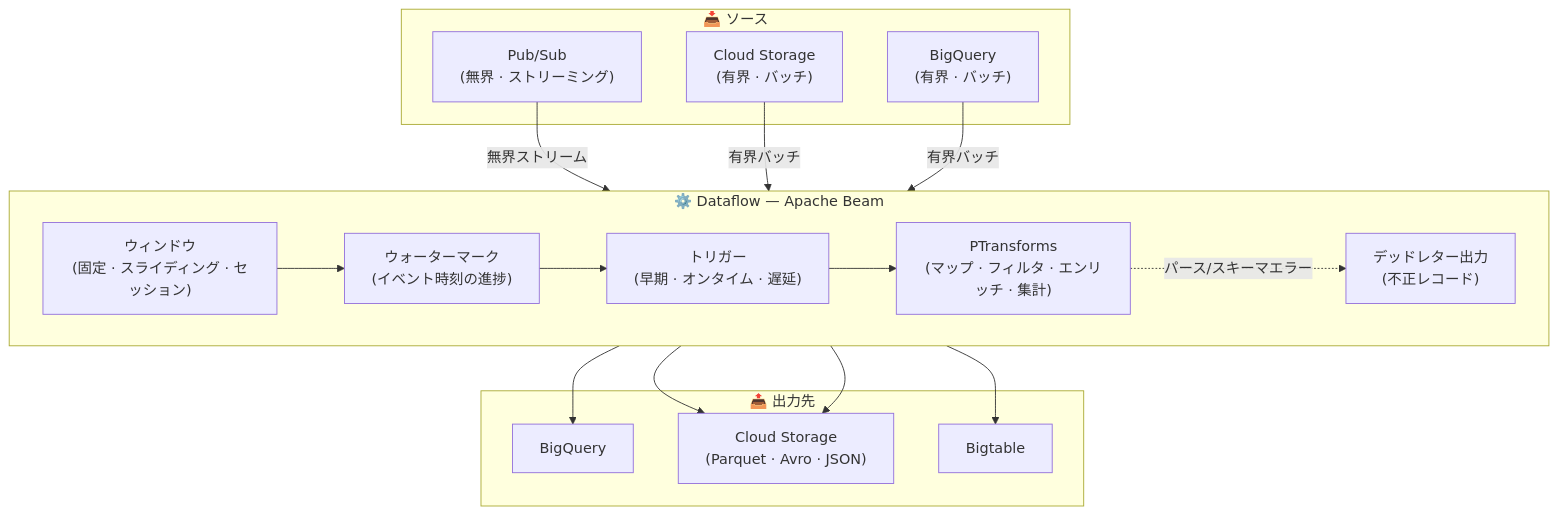
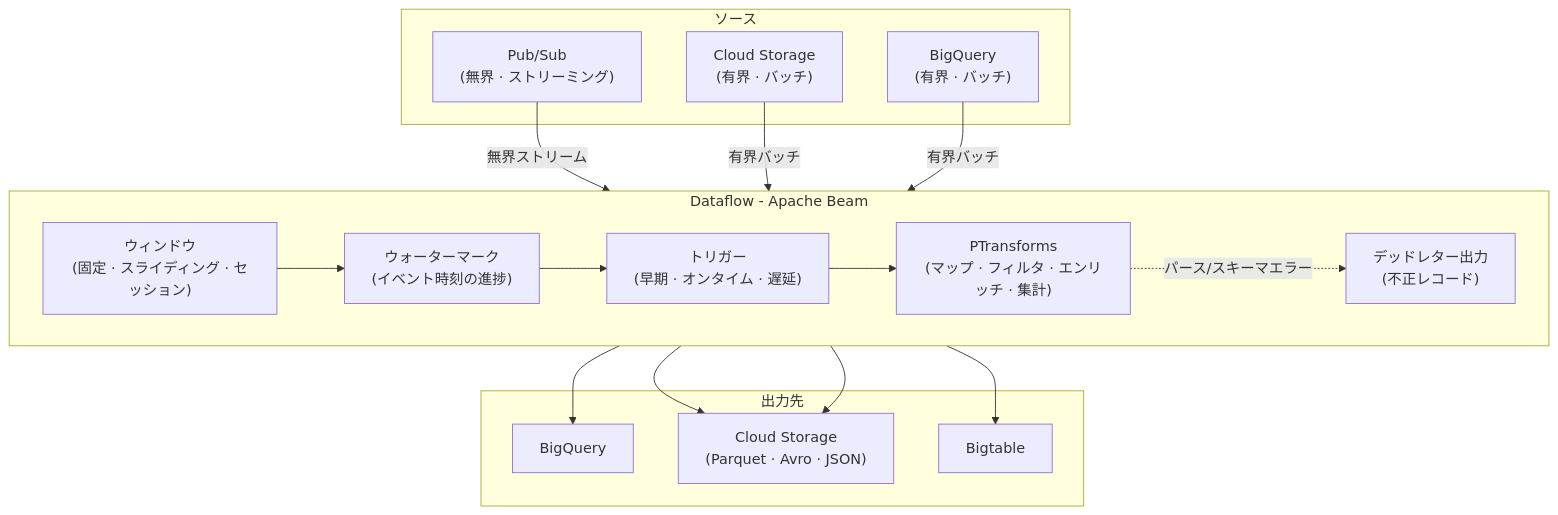
Before and after one commit to Maskish86/gcp-pde-exam-guide-ja: the diagram in content/Processing/Dataflow.md, drawn with Mermaid. The commit also changed 6 other files, not shown here.

````diff
--- a/content/Processing/Dataflow.md
+++ b/content/Processing/Dataflow.md
@@ -44,35 +44,35 @@
 ```mermaid
 flowchart TB
 
-subgraph SRC["📥 ソース"]
+subgraph SRC["ソース"]
     PS["Pub/Sub<br/>(無界 · ストリーミング)"]
     GCS["Cloud Storage<br/>(有界 · バッチ)"]
     BQ_IN["BigQuery<br/>(有界 · バッチ)"]
 end
 
-subgraph DF["⚙️ Dataflow — Apache Beam"]
+subgraph DF["Dataflow - Apache Beam"]
     direction LR
     WIN["ウィンドウ<br/>(固定 · スライディング · セッション)"]
     WM["ウォーターマーク<br/>(イベント時刻の進捗)"]
     TRG["トリガー<br/>(早期 · オンタイム · 遅延)"]
     TR["PTransforms<br/>(マップ · フィルタ · エンリッチ · 集計)"]
     DLQ["デッドレター出力<br/>(不正レコード)"]
     WIN --> WM --> TRG --> TR
     TR -.->|パース/スキーマエラー| DLQ
 end
 
-subgraph SNK["📤 出力先"]
+subgraph SNK["出力先"]
     BQ_OUT[BigQuery]
     GCS_OUT["Cloud Storage<br/>(Parquet · Avro · JSON)"]
     BT[Bigtable]
 end
 
 PS -->|無界ストリーム| WIN
 GCS -->|有界バッチ| TR
 BQ_IN -->|有界バッチ| TR
 
 TR --> BQ_OUT
 TR --> GCS_OUT
 TR --> BT
 DLQ --> GCS_OUT
 ```
````
